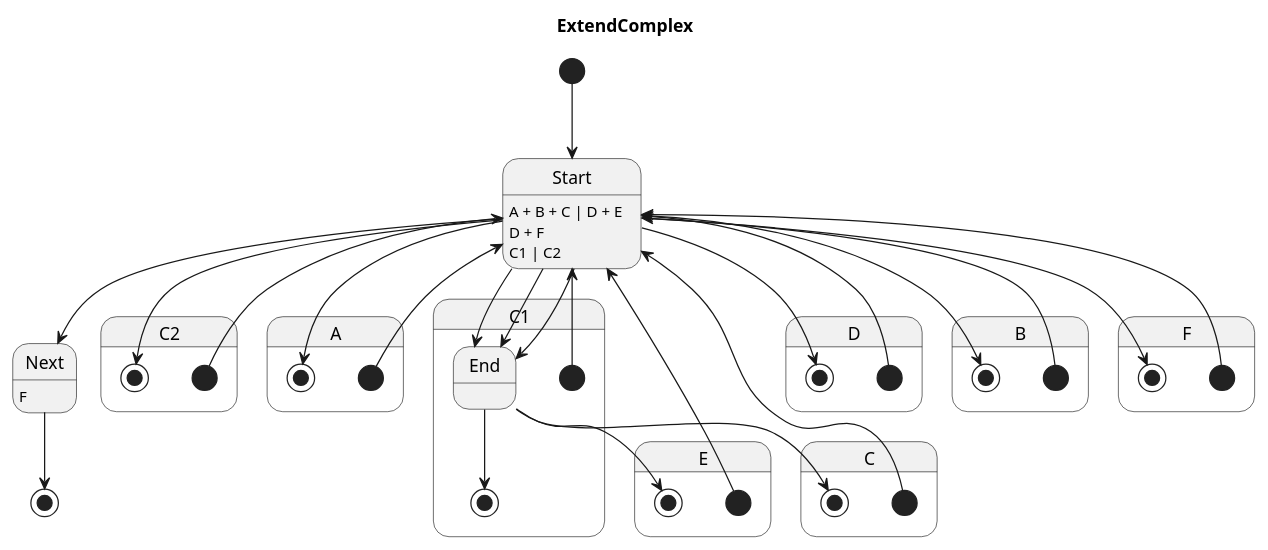
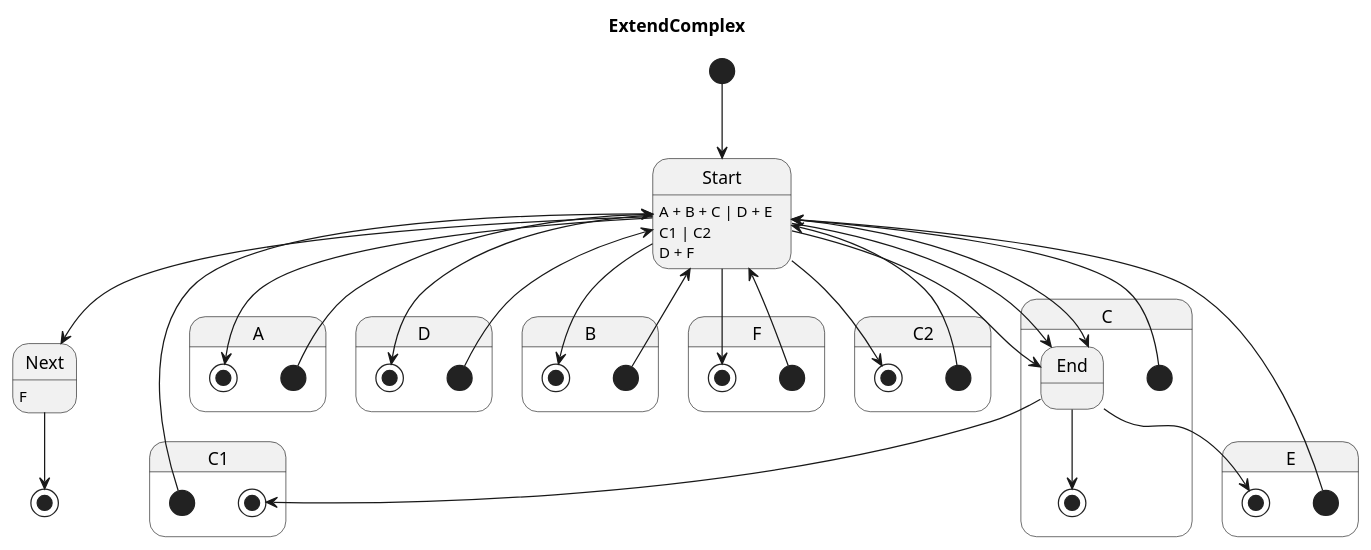
Before and after one commit to Pastor/Takt: the diagram in examples/generated/plantuml/extend_complex.puml, drawn with PlantUML. The commit also changed other lines of this file and 16 other files, not shown here.

```diff
--- a/examples/generated/plantuml/extend_complex.puml
+++ b/examples/generated/plantuml/extend_complex.puml
@@ -1,55 +1,55 @@
 @startuml
 title ExtendComplex
 
 [*] --> Start
+Start : A + B + C | D + E
+Start --> Next
 Next : F
 Next --> [*]
-Start : A + B + C | D + E
-Start --> Next
 
-state C2 {
+state C {
+    [*] --> Start
+    End --> [*]
+    Start : C1 | C2
+    Start --> End
+}
+
+state A {
     [*] --> Start
     Start --> [*]
 }
 
-state A {
+state D {
     [*] --> Start
     Start --> [*]
 }
 
 state C1 {
     [*] --> Start
     Start --> End
     End --> [*]
 }
 
-state D {
-    [*] --> Start
-    Start --> [*]
-}
-
 state E {
     [*] --> Start
-    End --> [*]
     Start : D + F
-    Start --> End
-}
-
-state C {
-    [*] --> Start
-    Start : C1 | C2
     Start --> End
     End --> [*]
 }
 
 state B {
     [*] --> Start
     Start --> [*]
 }
 
 state F {
     [*] --> Start
     Start --> [*]
 }
 
+state C2 {
+    [*] --> Start
+    Start --> [*]
+}
+
 @enduml
```
